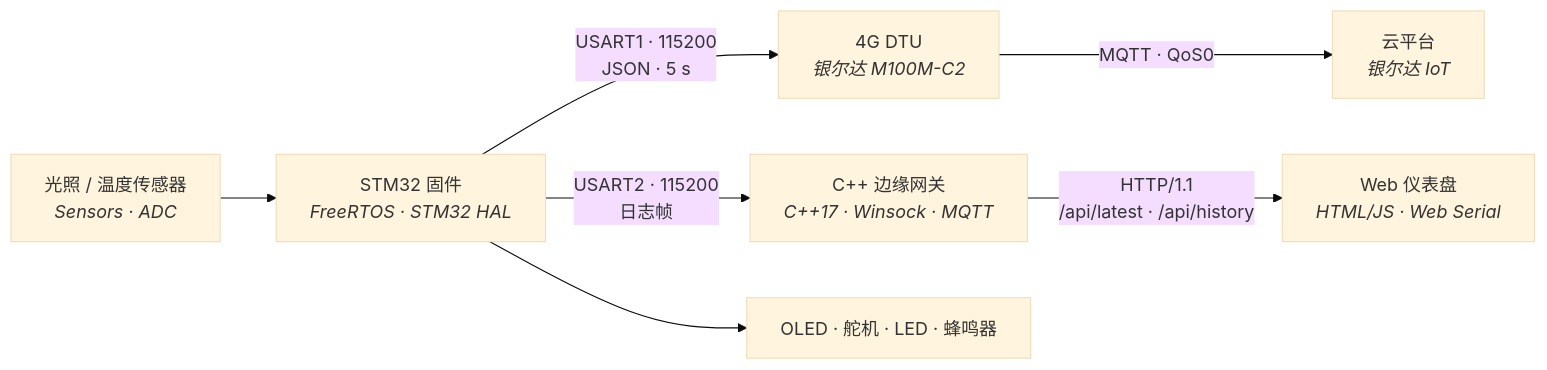
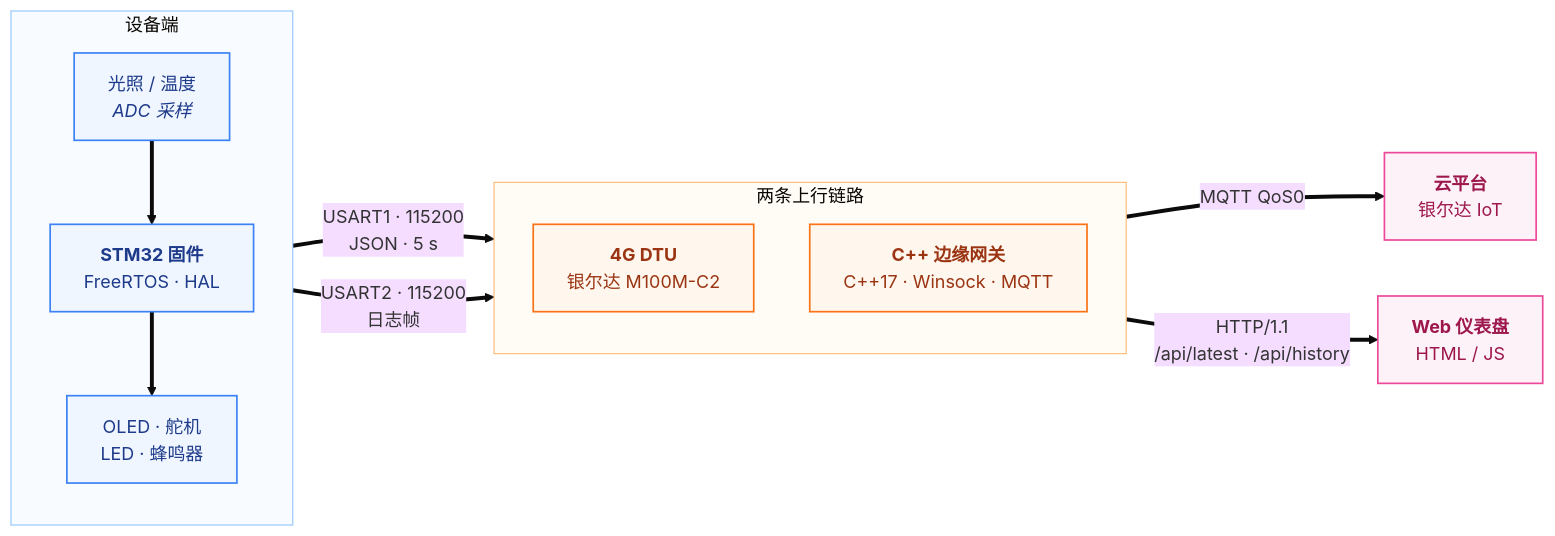
One commit to Indulge125/smart-env-monitor changed the second of 2 diagrams in README.md. Above: the diagram before and after it, drawn with Mermaid (base theme). The commit also changed other lines of this file, not shown here.

First line of the commit message:
docs(readme): 系统架构图改成配色分组版

````diff
--- a/README.md
+++ b/README.md
@@ -171,9 +193,35 @@
 ```mermaid
 flowchart LR
-    S["光照 / 温度传感器<br/><i>Sensors · ADC</i>"] --> F["STM32 固件<br/><i>FreeRTOS · STM32 HAL</i>"]
-    F -->|"USART1 · 115200<br/>JSON · 5 s"| D["4G DTU<br/><i>银尔达 M100M-C2</i>"]
-    F -->|"USART2 · 115200<br/>日志帧"| G["C++ 边缘网关<br/><i>C++17 · Winsock · MQTT</i>"]
-    D -->|"MQTT · QoS0"| C["云平台<br/><i>银尔达 IoT</i>"]
-    G -->|"HTTP/1.1<br/>/api/latest · /api/history"| W["Web 仪表盘<br/><i>HTML/JS · Web Serial</i>"]
-    F --> O["OLED · 舵机 · LED · 蜂鸣器"]
+    subgraph DEV["设备端"]
+        direction TB
+        S["光照 / 温度<br/><i>ADC 采样</i>"]
+        F["<b>STM32 固件</b><br/>FreeRTOS · HAL"]
+        A["OLED · 舵机<br/>LED · 蜂鸣器"]
+        S ==> F ==> A
+    end
+
+    subgraph NET["两条上行链路"]
+        direction TB
+        D["<b>4G DTU</b><br/>银尔达 M100M-C2"]
+        G["<b>C++ 边缘网关</b><br/>C++17 · Winsock · MQTT"]
+    end
+
+    C["<b>云平台</b><br/>银尔达 IoT"]
+    W["<b>Web 仪表盘</b><br/>HTML / JS"]
+
+    F ==>|"USART1 · 115200<br/>JSON · 5 s"| D
+    F ==>|"USART2 · 115200<br/>日志帧"| G
+    D ==>|"MQTT QoS0"| C
+    G ==>|"HTTP/1.1<br/>/api/latest · /api/history"| W
+
+    classDef dev   fill:#eff6ff,color:#1e3a8a,stroke:#3b82f6,stroke-width:1.5px
+    classDef net   fill:#fff7ed,color:#9a3412,stroke:#f97316,stroke-width:1.5px
+    classDef cloud fill:#fdf2f8,color:#9d174d,stroke:#ec4899,stroke-width:1.5px
+
+    class S,F,A dev
+    class D,G net
+    class C,W cloud
+
+    style DEV fill:#f8fbff,stroke:#93c5fd,stroke-width:1px
+    style NET fill:#fffbf5,stroke:#fdba74,stroke-width:1px
 ```
````
